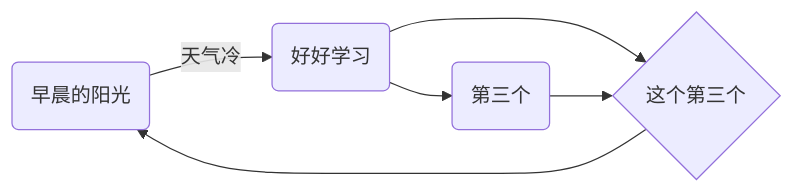
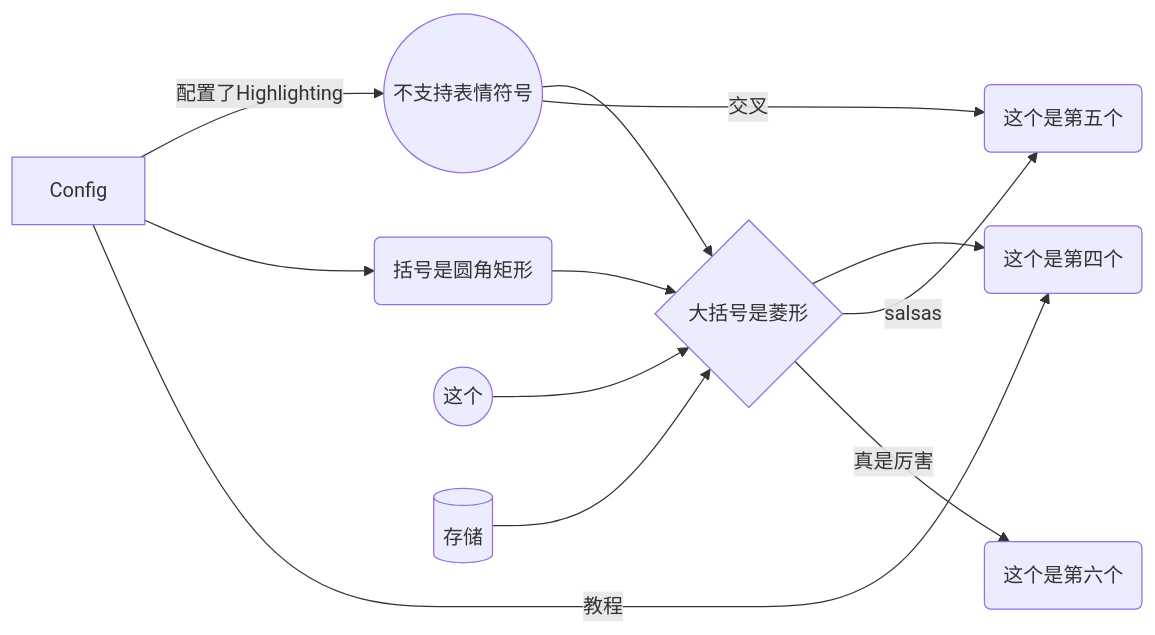
The first of 10 diagrams in taon.top/content/post/even-Chroma-conflict-Mermaid.md (taontech/www), drawn with Mermaid before and after one commit. The commit also changed other lines of this file, not shown here.

````diff
--- a/taon.top/content/post/even-Chroma-conflict-Mermaid.md
+++ b/taon.top/content/post/even-Chroma-conflict-Mermaid.md
@@ -9,8 +9,14 @@
-``` mermaid
+```mermaid
 graph LR
-   A(早晨的阳光) -- 天气冷 --> B(好好学习)
-   B --> D{这个第三个}
-   C(第三个) --> D
-   B --> C
-   D --> A
+    A[Config] -- 配置了Highlighting --> B((不支持表情符号))
+    A --> C(括号是圆角矩形)
+    B --> D{大括号是菱形}
+    C --> D
+    D --> F(这个是第四个)
+    D --salsas--> G(这个是第五个)
+    D --真是厉害--> H(这个是第六个)
+    B --交叉--> G
+    A --教程-->F
+    W((这个)) --> D
+    O[(存储)] --> D
 ```
````
